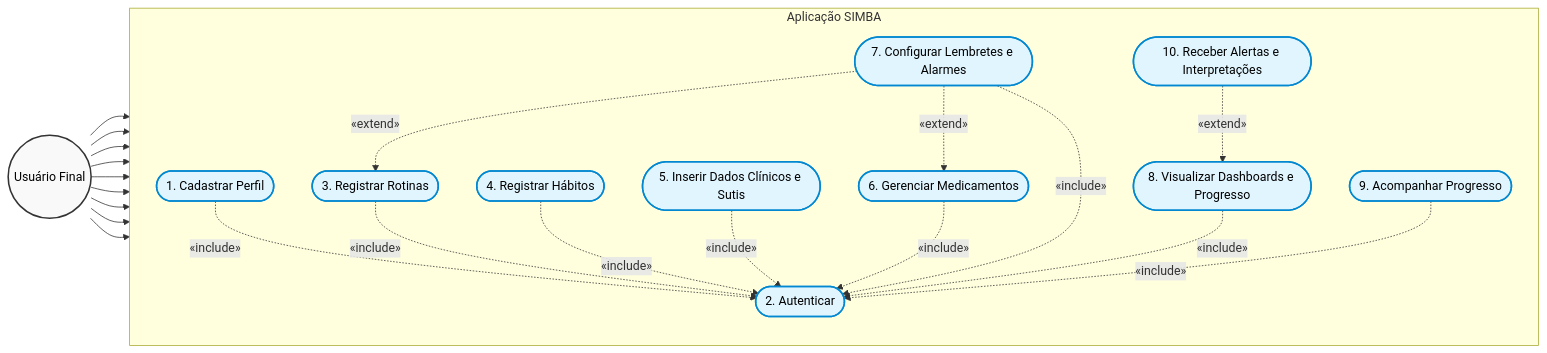
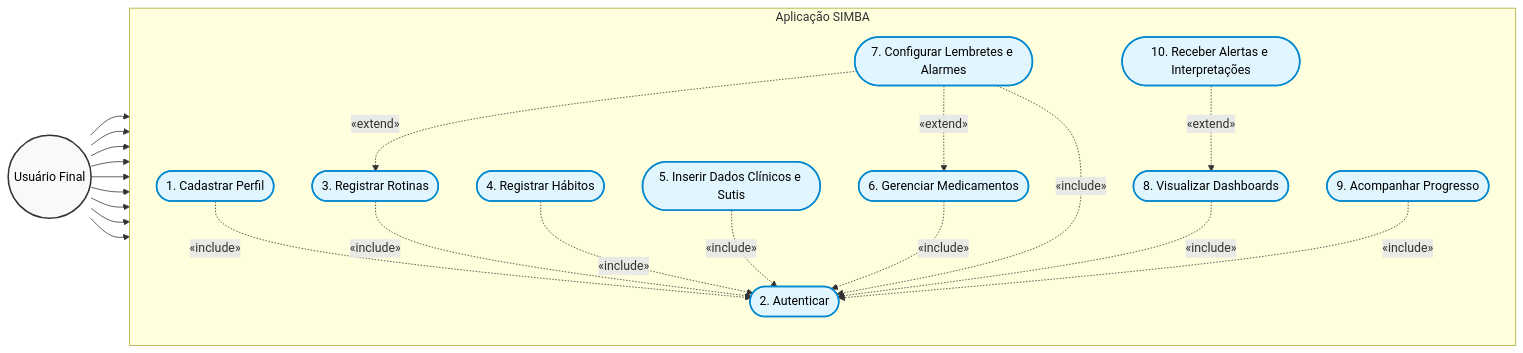
Before and after one commit to JoaoManoelSilvaMorais/Sistema-Integrado-de-Monitoramento-do-Bem-estar-SIMBA-: the first of 2 diagrams in README.md, drawn with Mermaid.

Commit message:
Update UC8 use case description in README

````diff
--- a/README.md
+++ b/README.md
@@ -38,51 +38,51 @@
 ```mermaid
 flowchart LR
     %% Definição de Estilos
     classDef actorStyle fill:#f9f9f9,stroke:#333,stroke-width:2px,color:#000;
     classDef usecaseStyle fill:#e1f5fe,stroke:#0288d1,stroke-width:2px,color:#000;
 
     %% Atores
     User((Usuário Final)):::actorStyle
 
     %% Sistema SIMBA
     subgraph SIMBA [Aplicação SIMBA]
         direction TB
         
         UC1([1. Cadastrar Perfil]):::usecaseStyle
         UC2([2. Autenticar]):::usecaseStyle
         UC3([3. Registrar Rotinas]):::usecaseStyle
         UC4([4. Registrar Hábitos]):::usecaseStyle
         UC5([5. Inserir Dados Clínicos e Sutis]):::usecaseStyle
         UC6([6. Gerenciar Medicamentos]):::usecaseStyle
         UC7([7. Configurar Lembretes e Alarmes]):::usecaseStyle
-        UC8([8. Visualizar Dashboards e Progresso]):::usecaseStyle
+        UC8([8. Visualizar Dashboards]):::usecaseStyle
         UC9([9. Acompanhar Progresso]):::usecaseStyle
         UC10([10. Receber Alertas e Interpretações]):::usecaseStyle
     end
 
     %% Relacionamentos Principais do Usuário Final
     User --> UC1
     User --> UC2
     User --> UC3
     User --> UC4
     User --> UC5
     User --> UC6
     User --> UC7
     User --> UC8
     User --> UC9
 
     %% Relacionamentos <> (Existem Fluxos para Autenticar)
     UC1 -.->|«include»| UC2
     UC3 -.->|«include»| UC2
     UC4 -.->|«include»| UC2
     UC5 -.->|«include»| UC2
     UC6 -.->|«include»| UC2
     UC7 -.->|«include»| UC2
     UC8 -.->|«include»| UC2
     UC9 -.->|«include»| UC2
 
     %% Relacionamentos <> (Ações Opcionais)
     UC7 -.->|«extend»| UC6
     UC7 -.->|«extend»| UC3
     UC10 -.->|«extend»| UC8
 ```
````
